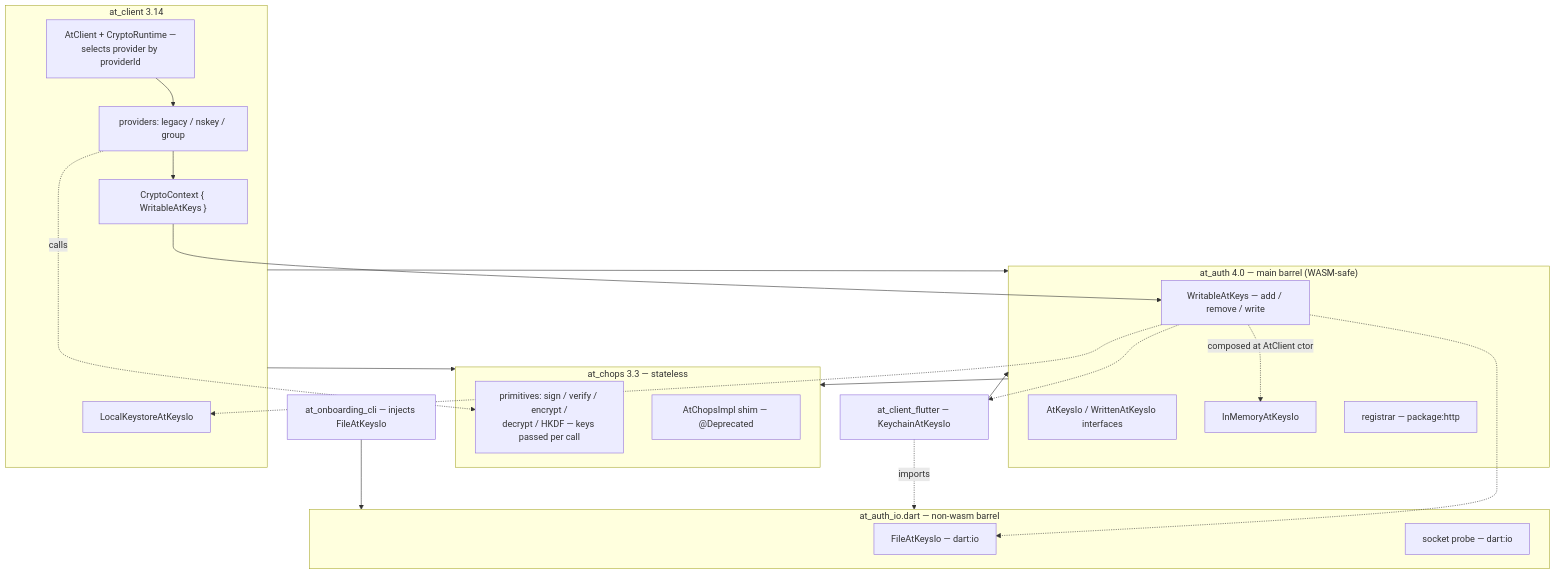
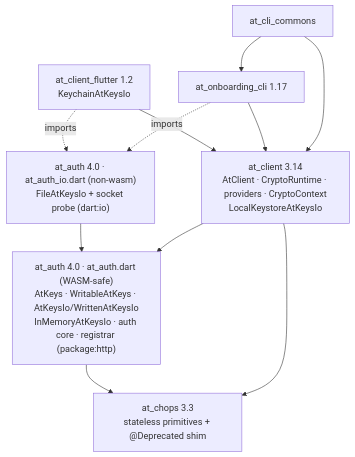
The first of 3 diagrams in docs/crypto-roadmap.md (atsign-foundation/at_client_sdk), drawn with Mermaid before and after one commit. The commit also changed other lines of this file, not shown here.

Commit message:
docs(crypto): split the component sketch into package-deps + runtime-composition
Replaces the single dense graph with two focused, fully-edged views: View 1 =
package dependencies (with the at_auth.dart / at_auth_io.dart WASM split), View 2
= runtime composition (provider selection, WritableAtKeys store composition, the
substrate persisting through WritableAtKeys). Reads cleaner than one graph.

````diff
--- a/docs/crypto-roadmap.md
+++ b/docs/crypto-roadmap.md
@@ -725,40 +733,21 @@
 ```mermaid
 graph TD
-  subgraph chops["at_chops 3.3 — stateless"]
-    P["primitives: sign / verify / encrypt /<br/>decrypt / HKDF — keys passed per call"]
-    SH["AtChopsImpl shim — @Deprecated"]
-  end
-  subgraph auth["at_auth 4.0 — main barrel (WASM-safe)"]
-    W["WritableAtKeys — add / remove / write"]
-    II["AtKeysIo / WrittenAtKeysIo interfaces"]
-    MEM["InMemoryAtKeysIo"]
-    REG["registrar — package:http"]
-  end
-  subgraph authio["at_auth_io.dart — non-wasm barrel"]
-    FILE["FileAtKeysIo — dart:io"]
-    PROBE["socket probe — dart:io"]
-  end
-  subgraph client["at_client 3.14"]
-    RT["AtClient + CryptoRuntime —<br/>selects provider by providerId"]
-    CTX["CryptoContext { WritableAtKeys }"]
-    PV["providers: legacy / nskey / group"]
-    LKS["LocalKeystoreAtKeysIo"]
-  end
-  FL["at_client_flutter — KeychainAtKeysIo"]
-  OB["at_onboarding_cli — injects FileAtKeysIo"]
+  chops["at_chops 3.3<br/>stateless primitives + @Deprecated shim"]
+  authcore["at_auth 4.0 · at_auth.dart (WASM-safe)<br/>AtKeys · WritableAtKeys · AtKeysIo/WrittenAtKeysIo<br/>InMemoryAtKeysIo · auth core · registrar (package:http)"]
+  authio["at_auth 4.0 · at_auth_io.dart (non-wasm)<br/>FileAtKeysIo + socket probe (dart:io)"]
+  client["at_client 3.14<br/>AtClient · CryptoRuntime · providers · CryptoContext<br/>LocalKeystoreAtKeysIo"]
+  flutter["at_client_flutter 1.2<br/>KeychainAtKeysIo"]
+  onb["at_onboarding_cli 1.17"]
+  cli["at_cli_commons"]
 
-  auth --> chops
-  client --> auth
+  authcore --> chops
+  authio --> authcore
+  client --> authcore
   client --> chops
-  FL --> auth
-  FL -.imports.-> authio
-  OB --> authio
-  RT --> PV
-  PV --> CTX
-  CTX --> W
-  PV -.calls.-> P
-  W -.composed at AtClient ctor.-> MEM
-  W -.-> LKS
-  W -.-> FILE
-  W -.-> FL
+  flutter --> client
+  flutter -.imports.-> authio
+  onb --> client
+  onb -.imports.-> authio
+  cli --> onb
+  cli --> client
 ```
````
